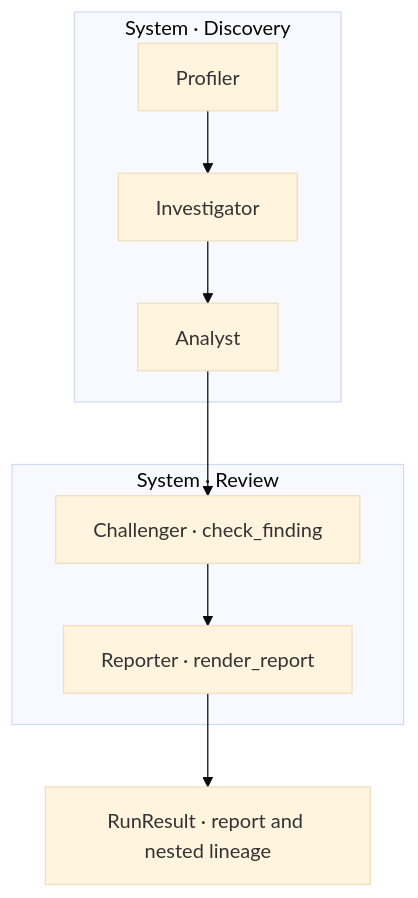
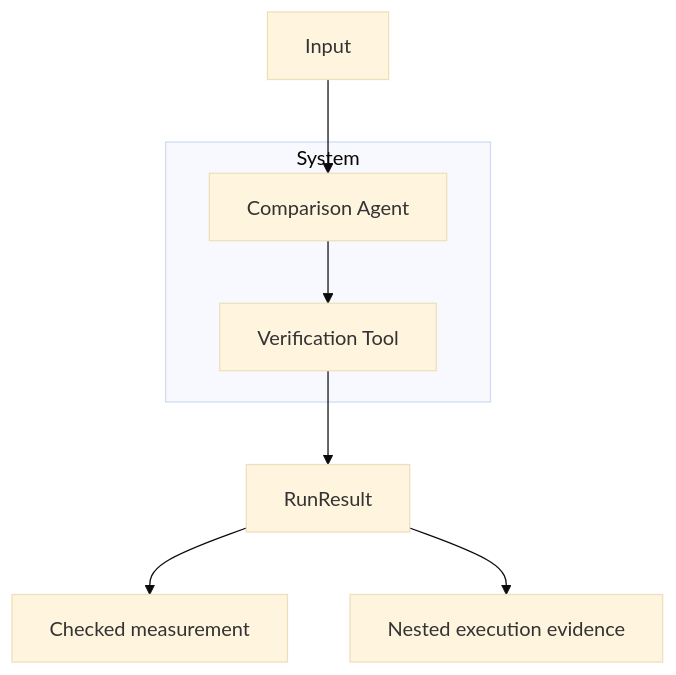
The third of 5 diagrams in README.md (JacoboGGLeon/agentic_systems), drawn with Mermaid (base theme) before and after one commit. The commit also changed other lines of this file, not shown here.

````diff
--- a/README.md
+++ b/README.md
@@ -252,11 +177,10 @@
 ```mermaid
 flowchart TD
-    subgraph D["System · Discovery"]
-        P["Profiler"] --> I["Investigator"] --> A["Analyst"]
+    I["Input"] --> A
+    subgraph S["System"]
+        A["Comparison Agent"] --> V["Verification Tool"]
     end
-    subgraph V["System · Review"]
-        C["Challenger · check_finding"] --> R["Reporter · render_report"]
-    end
-    A --> C
-    R --> E["RunResult · report and nested lineage"]
+    V --> R["RunResult"]
+    R --> O["Checked measurement"]
+    R --> E["Nested execution evidence"]
 ```
````
